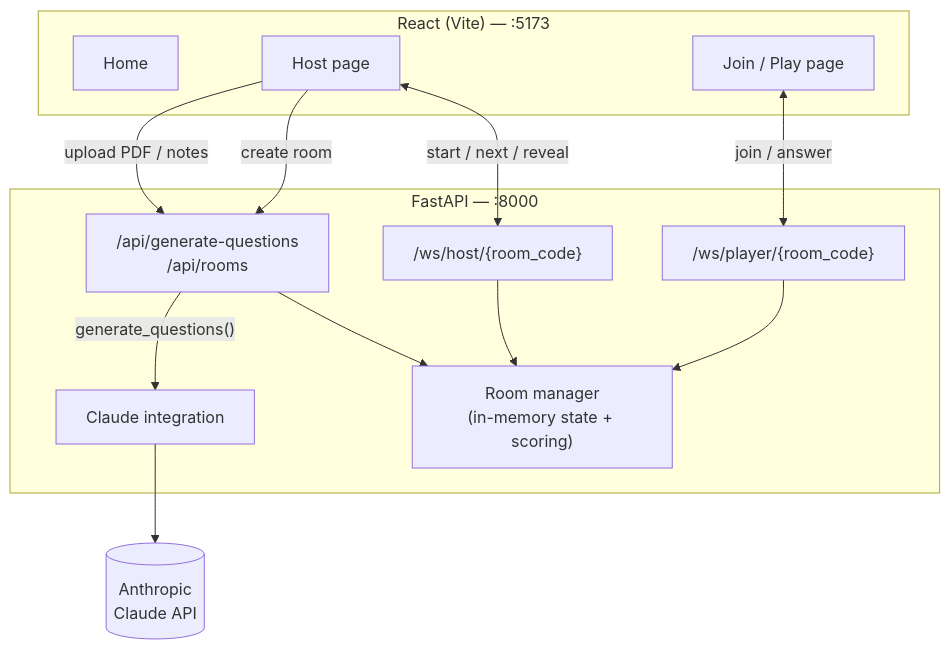
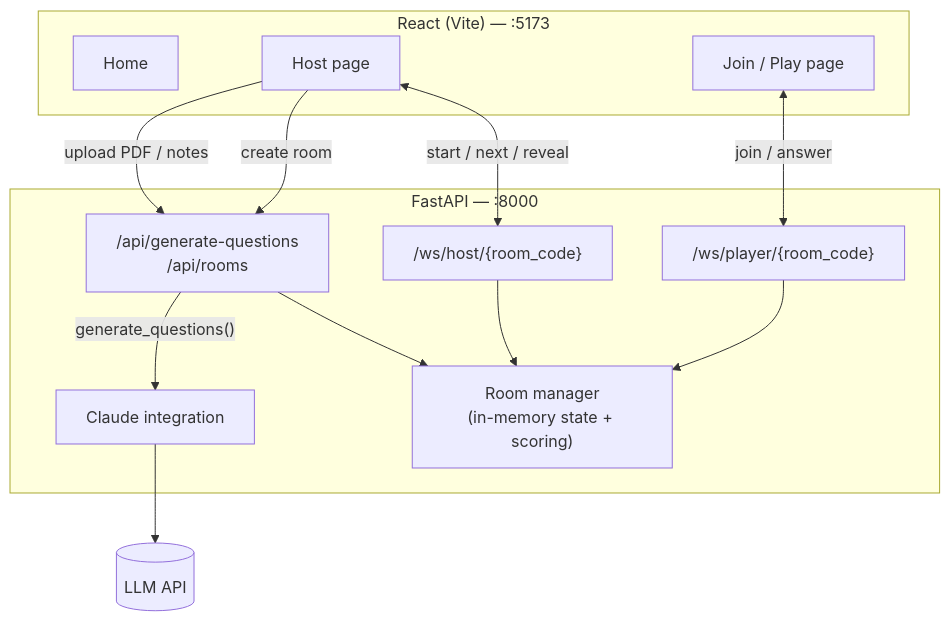
The second of 2 diagrams in README.md (oree-xx/StudyWars), drawn with Mermaid before and after one commit. The commit also changed other lines of this file, not shown here.

Commit message:
Use LLM API wording in README

````diff
--- a/README.md
+++ b/README.md
@@ -83,24 +83,24 @@
 ```mermaid
 flowchart TB
     subgraph Client["React (Vite) — :5173"]
         Home["Home"]
         Host["Host page"]
         Join["Join / Play page"]
     end
 
     subgraph Server["FastAPI — :8000"]
         HTTP["/api/generate-questions<br/>/api/rooms"]
         WSHost["/ws/host/{room_code}"]
         WSPlayer["/ws/player/{room_code}"]
         Rooms["Room manager<br/>(in-memory state + scoring)"]
         AI["Claude integration"]
     end
 
-    Claude[("Anthropic<br/>Claude API")]
+    Claude[("LLM API")]
 
     Host -- "upload PDF / notes" --> HTTP
     HTTP -- "generate_questions()" --> AI --> Claude
     Host -- "create room" --> HTTP --> Rooms
     Host <-- "start / next / reveal" --> WSHost --> Rooms
     Join <-- "join / answer" --> WSPlayer --> Rooms
 ```
````
